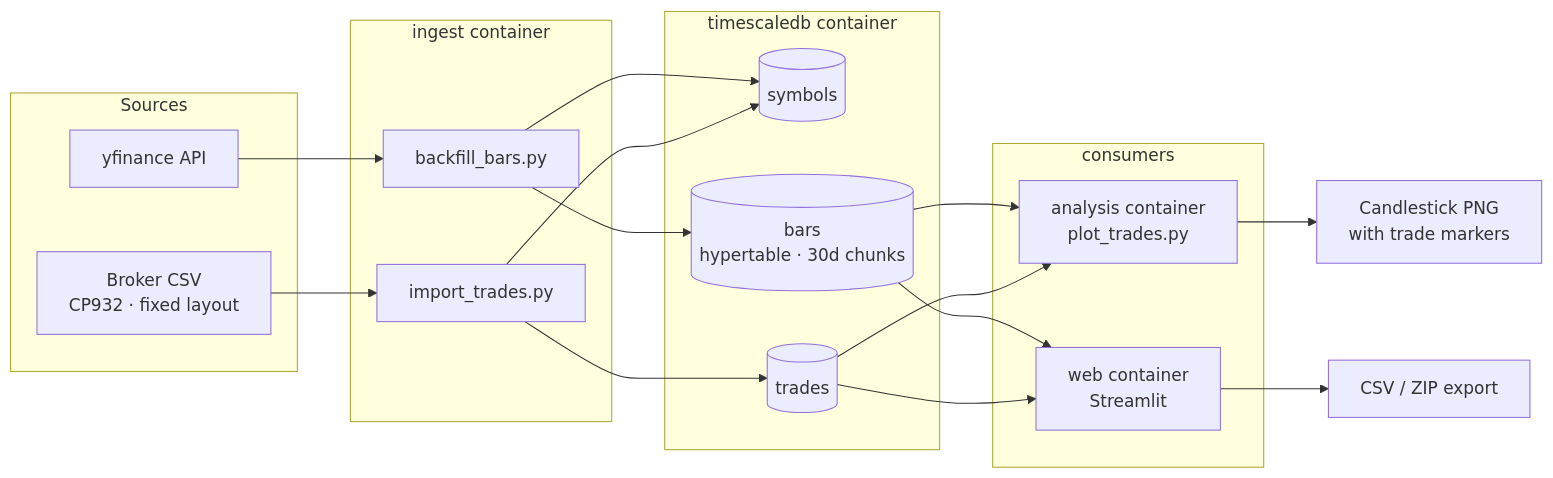
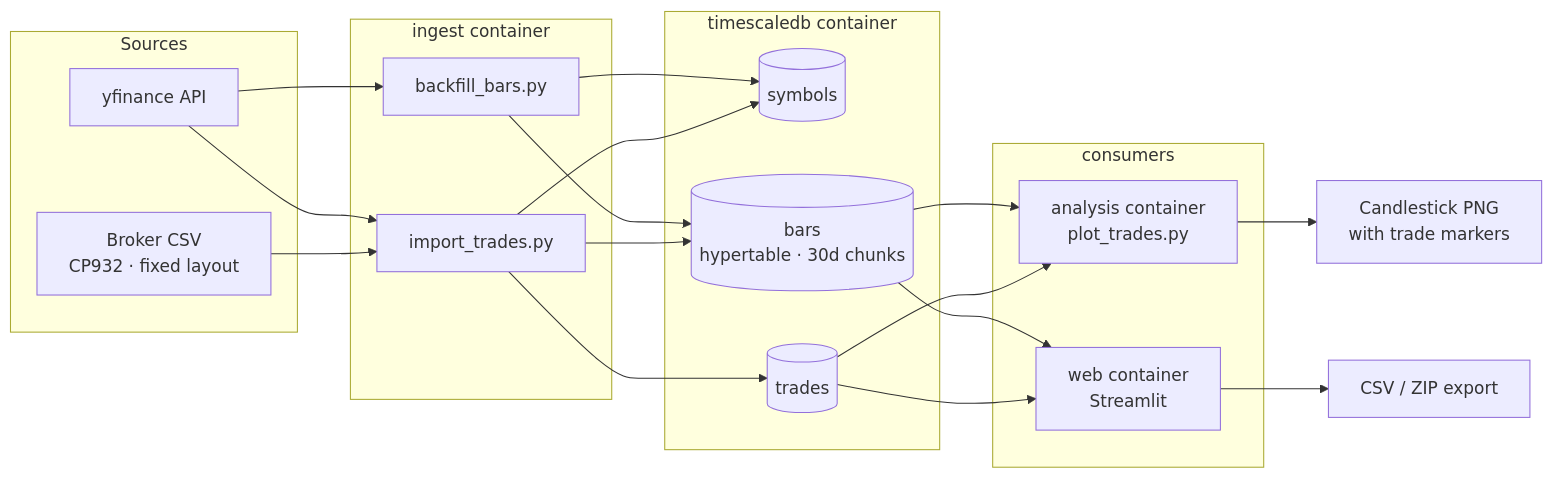
Before and after one commit to akihiro-kenzaki/trading-data-pipeline: the diagram in README.md, drawn with Mermaid. The commit also changed other lines of this file and 2 other files, not shown here.

Commit message:
Document AWS deployment and add synthetic demo chart

````diff
--- a/README.md
+++ b/README.md
@@ -11,36 +19,38 @@
 ```mermaid
 flowchart LR
     subgraph SRC[Sources]
         YF[yfinance API]
         CSV[Broker CSV<br/>CP932 · fixed layout]
     end
 
     subgraph ING[ingest container]
         BF[backfill_bars.py]
         IT[import_trades.py]
     end
 
     subgraph DB[timescaledb container]
         SYM[(symbols)]
         BARS[(bars<br/>hypertable · 30d chunks)]
         TR[(trades)]
     end
 
     subgraph OUT[consumers]
         AN[analysis container<br/>plot_trades.py]
         WEB[web container<br/>Streamlit]
     end
 
     YF --> BF
+    YF --> IT
     CSV --> IT
     BF --> SYM
     IT --> SYM
     BF --> BARS
+    IT --> BARS
     IT --> TR
     BARS --> AN
     TR --> AN
     BARS --> WEB
     TR --> WEB
     AN --> PNG[Candlestick PNG<br/>with trade markers]
     WEB --> EXP[CSV / ZIP export]
 ```
````
